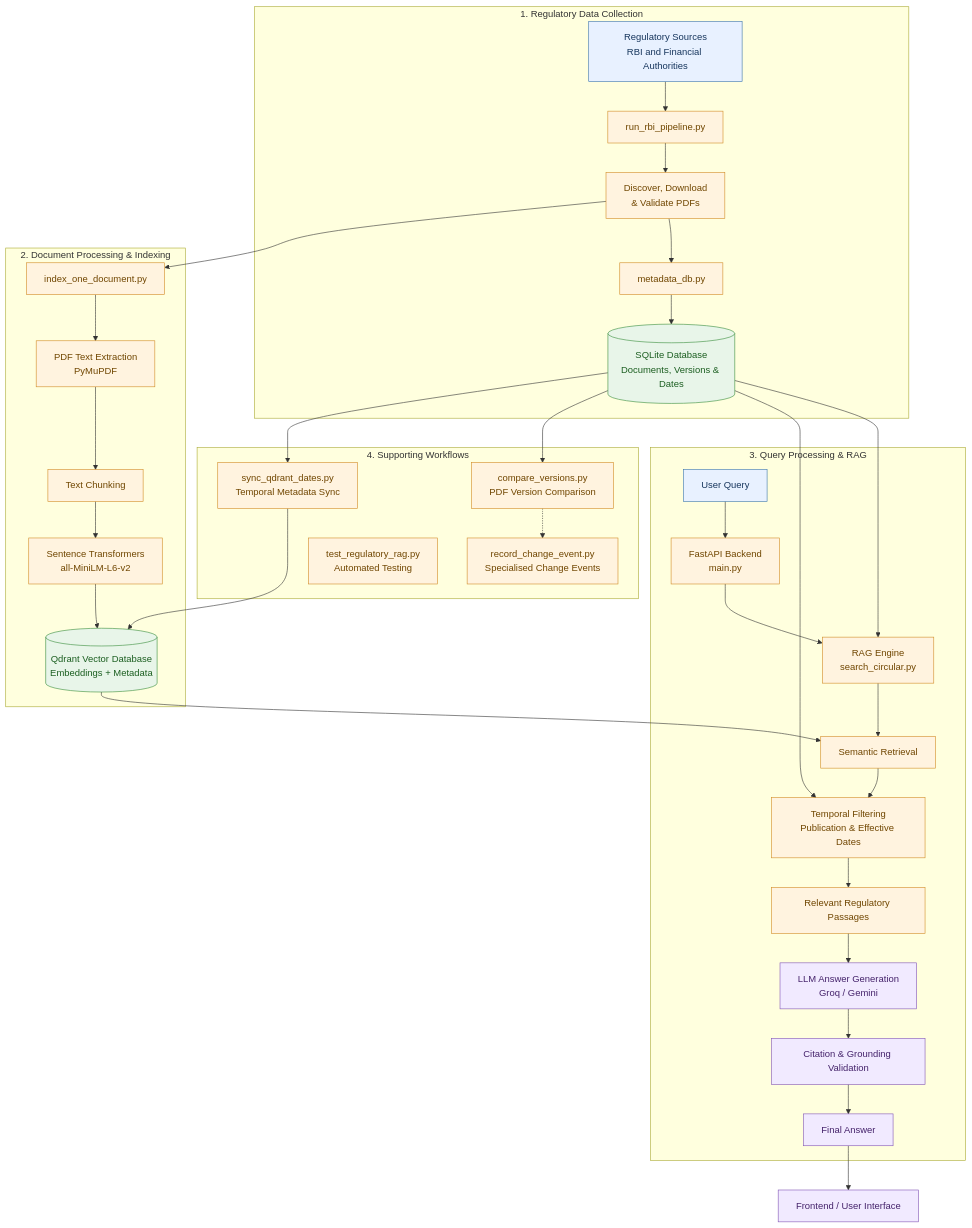
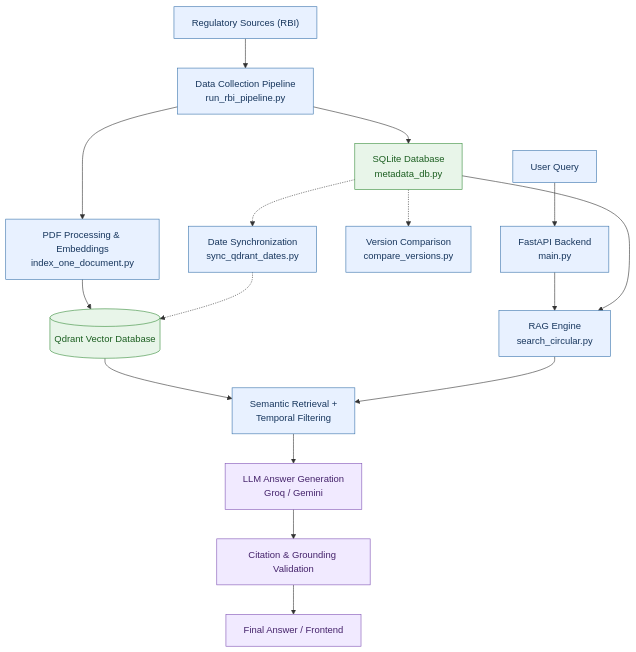
One commit to Atharv19905/regulatory-intelligence-rag changed the first of 2 diagrams in README.md. Above: the diagram before and after it, drawn with Mermaid. The commit also changed other lines of this file, not shown here.

````diff
--- a/README.md
+++ b/README.md
@@ -117,62 +119,40 @@
 ```mermaid
-flowchart TB
-    A["Regulatory Sources<br/>RBI and Financial Authorities"]
+flowchart TD
+    A["Regulatory Sources (RBI)"]
+    B["Data Collection Pipeline<br/>run_rbi_pipeline.py"]
+    C["SQLite Database<br/>metadata_db.py"]
+    D["PDF Processing & Embeddings<br/>index_one_document.py"]
+    E[("Qdrant Vector Database")]
+    
+    F["User Query"]
+    G["FastAPI Backend<br/>main.py"]
+    H["RAG Engine<br/>search_circular.py"]
+    I["Semantic Retrieval +<br/>Temporal Filtering"]
+    J["LLM Answer Generation<br/>Groq / Gemini"]
+    K["Citation & Grounding Validation"]
+    L["Final Answer / Frontend"]
 
-    subgraph DATA["1. Regulatory Data Collection"]
-        B["run_rbi_pipeline.py"]
-        C["Discover, Download<br/>& Validate PDFs"]
-        D["metadata_db.py"]
-        E[("SQLite Database<br/>Documents, Versions & Dates")]
-        A --> B --> C --> D --> E
-    end
+    A --> B --> C
+    B --> D --> E
 
-    subgraph INDEX["2. Document Processing & Indexing"]
-        F["index_one_document.py"]
-        G["PDF Text Extraction<br/>PyMuPDF"]
-        H["Text Chunking"]
-        I["Sentence Transformers<br/>all-MiniLM-L6-v2"]
-        J[("Qdrant Vector Database<br/>Embeddings + Metadata")]
-        C --> F --> G --> H --> I --> J
-    end
+    F --> G --> H
+    C --> H
+    E --> I
+    H --> I
+    I --> J --> K --> L
 
-    subgraph QUERY["3. Query Processing & RAG"]
-        K["User Query"]
-        L["FastAPI Backend<br/>main.py"]
-        M["RAG Engine<br/>search_circular.py"]
-        N["Semantic Retrieval"]
-        O["Temporal Filtering<br/>Publication & Effective Dates"]
-        P["Relevant Regulatory Passages"]
-        Q["LLM Answer Generation<br/>Groq / Gemini"]
-        R["Citation & Grounding Validation"]
-        S["Final Answer"]
-        K --> L --> M --> N --> O --> P --> Q --> R --> S
-    end
+    M["Version Comparison<br/>compare_versions.py"]
+    N["Date Synchronization<br/>sync_qdrant_dates.py"]
 
-    E --> M
-    J --> N
-    E --> O
+    C -.-> M
+    C -.-> N
+    N -.-> E
 
-    subgraph SUPPORT["4. Supporting Workflows"]
-        T["compare_versions.py<br/>PDF Version Comparison"]
-        U["sync_qdrant_dates.py<br/>Temporal Metadata Sync"]
-        V["record_change_event.py<br/>Specialised Change Events"]
-        W["test_regulatory_rag.py<br/>Automated Testing"]
-    end
+    classDef db fill:#e8f5e9,stroke:#388e3c,color:#1b5e20
+    classDef process fill:#e8f1ff,stroke:#3973ac,color:#17365d
+    classDef ai fill:#f1eaff,stroke:#8054b5,color:#45236b
 
-    E --> T
-    E --> U
-    U --> J
-    T -.-> V
-
-    S --> X["Frontend / User Interface"]
-
-    classDef source fill:#e8f1ff,stroke:#3973ac,color:#17365d
-    classDef database fill:#e8f5e9,stroke:#388e3c,color:#1b5e20
-    classDef processing fill:#fff3df,stroke:#d18b25,color:#704600
-    classDef output fill:#f1eaff,stroke:#8054b5,color:#45236b
-
-    class A,K source
-    class E,J database
-    class B,C,D,F,G,H,I,L,M,N,O,P,T,U,V,W processing
-    class Q,R,S,X output
+    class C,E db
+    class A,B,D,F,G,H,I,M,N process
+    class J,K,L ai
 ```
````
